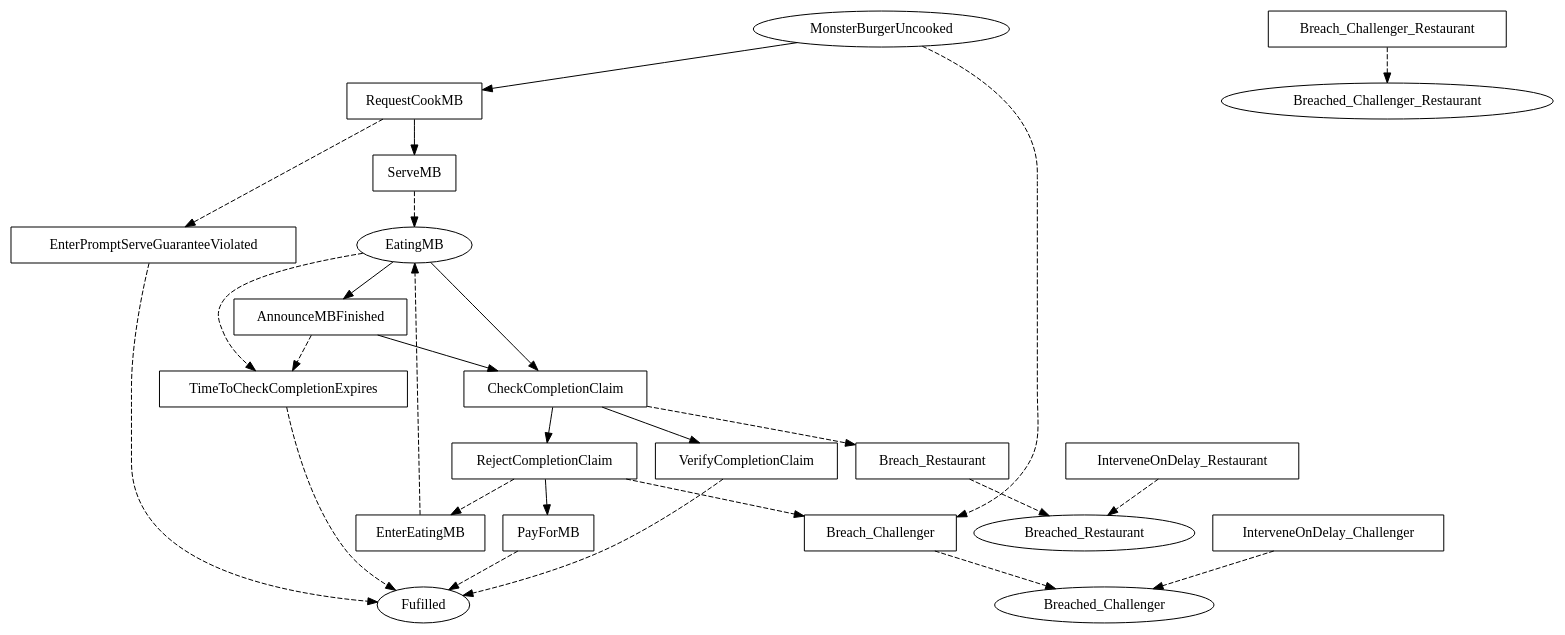
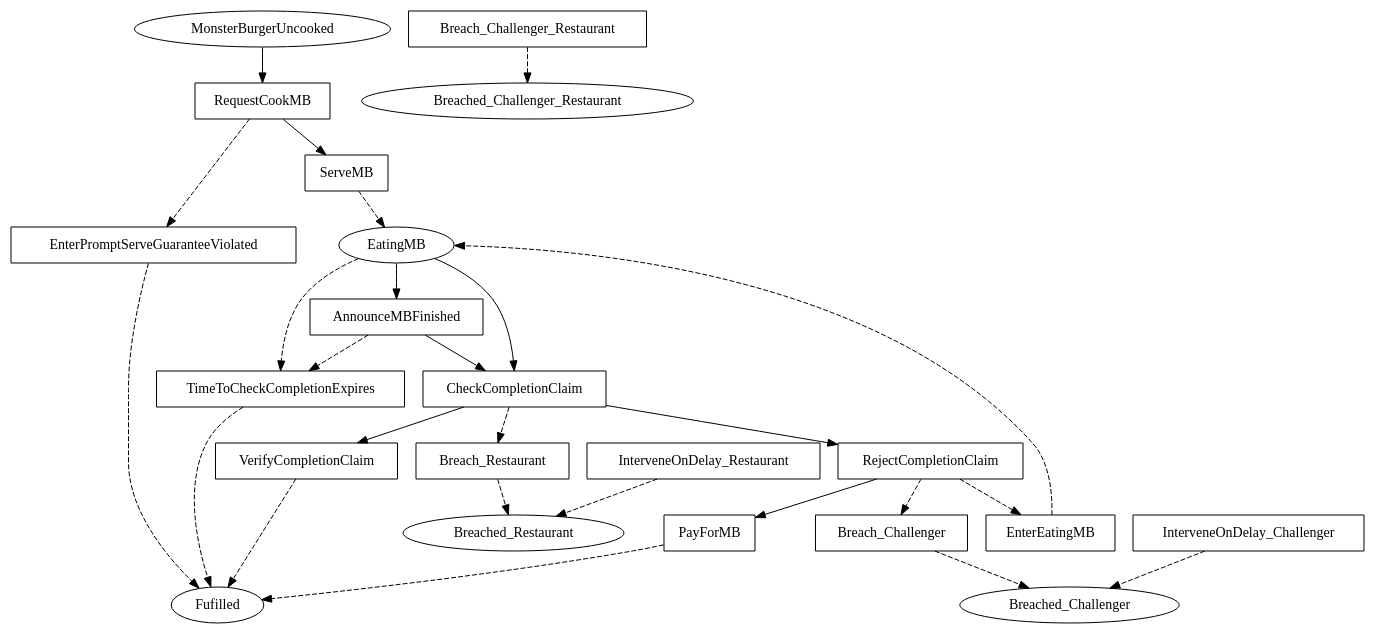
Before and after one commit to Marcao02/complaw-deeptech: the diagram in linear_state_machine_language/pyL4/examples/out_graphviz/toy_and_teaching/monster_burger_program_only.dot, drawn with Graphviz. The commit also changed 17 other files, not shown here.

```diff
--- a/linear_state_machine_language/pyL4/examples/out_graphviz/toy_and_teaching/monster_burger_program_only.dot
+++ b/linear_state_machine_language/pyL4/examples/out_graphviz/toy_and_teaching/monster_burger_program_only.dot
@@ -1,60 +1,59 @@
 // THIS IS A GENERATED FILE. DO NOT EDIT.
 
 digraph Monster_Burger {    
     Fulfilled[label=Fufilled];
     MonsterBurgerUncooked[label=MonsterBurgerUncooked];
 	EatingMB[label=EatingMB];
 	Breached_Restaurant[label=Breached_Restaurant];
 	Breached_Challenger[label=Breached_Challenger];
 	Breached_Challenger_Restaurant[label=Breached_Challenger_Restaurant]
     
      
     RequestCookMB[label=RequestCookMB,shape=box];
 	ServeMB[label=ServeMB,shape=box];
 	EnterPromptServeGuaranteeViolated[label=EnterPromptServeGuaranteeViolated,shape=box];
 	EnterEatingMB[label=EnterEatingMB,shape=box];
 	AnnounceMBFinished[label=AnnounceMBFinished,shape=box];
 	TimeToCheckCompletionExpires[label=TimeToCheckCompletionExpires,shape=box];
 	CheckCompletionClaim[label=CheckCompletionClaim,shape=box];
 	RejectCompletionClaim[label=RejectCompletionClaim,shape=box];
 	PayForMB[label=PayForMB,shape=box];
 	VerifyCompletionClaim[label=VerifyCompletionClaim,shape=box];
 	Breach_Restaurant[label=Breach_Restaurant,shape=box];
 	Breach_Challenger[label=Breach_Challenger,shape=box];
 	Breach_Challenger_Restaurant[label=Breach_Challenger_Restaurant,shape=box];
 	InterveneOnDelay_Challenger[label=InterveneOnDelay_Challenger,shape=box];
 	InterveneOnDelay_Restaurant[label=InterveneOnDelay_Restaurant,shape=box]    
     
     
     
     MonsterBurgerUncooked -> RequestCookMB;
-	MonsterBurgerUncooked -> Breach_Challenger [style=dashed];
 	RequestCookMB -> ServeMB;
 	RequestCookMB -> EnterPromptServeGuaranteeViolated [style=dashed];
 	EatingMB -> AnnounceMBFinished;
 	EatingMB -> CheckCompletionClaim;
 	EatingMB -> TimeToCheckCompletionExpires [style=dashed];
 	AnnounceMBFinished -> CheckCompletionClaim;
 	AnnounceMBFinished -> TimeToCheckCompletionExpires [style=dashed];
 	CheckCompletionClaim -> VerifyCompletionClaim;
 	CheckCompletionClaim -> RejectCompletionClaim;
 	CheckCompletionClaim -> Breach_Restaurant [style=dashed];
 	RejectCompletionClaim -> EnterEatingMB [style=dashed];
 	RejectCompletionClaim -> PayForMB;
 	RejectCompletionClaim -> Breach_Challenger [style=dashed]
     
     ServeMB -> EatingMB [style=dashed];
 	EnterPromptServeGuaranteeViolated -> Fulfilled [style=dashed];
 	EnterEatingMB -> EatingMB [style=dashed];
 	TimeToCheckCompletionExpires -> Fulfilled [style=dashed];
 	PayForMB -> Fulfilled [style=dashed];
 	VerifyCompletionClaim -> Fulfilled [style=dashed];
 	Breach_Restaurant -> Breached_Restaurant [style=dashed];
 	Breach_Challenger -> Breached_Challenger [style=dashed];
 	Breach_Challenger_Restaurant -> Breached_Challenger_Restaurant [style=dashed];
 	InterveneOnDelay_Challenger -> Breached_Challenger [style=dashed];
 	InterveneOnDelay_Restaurant -> Breached_Restaurant [style=dashed];
 	     
     
        
 }
```
